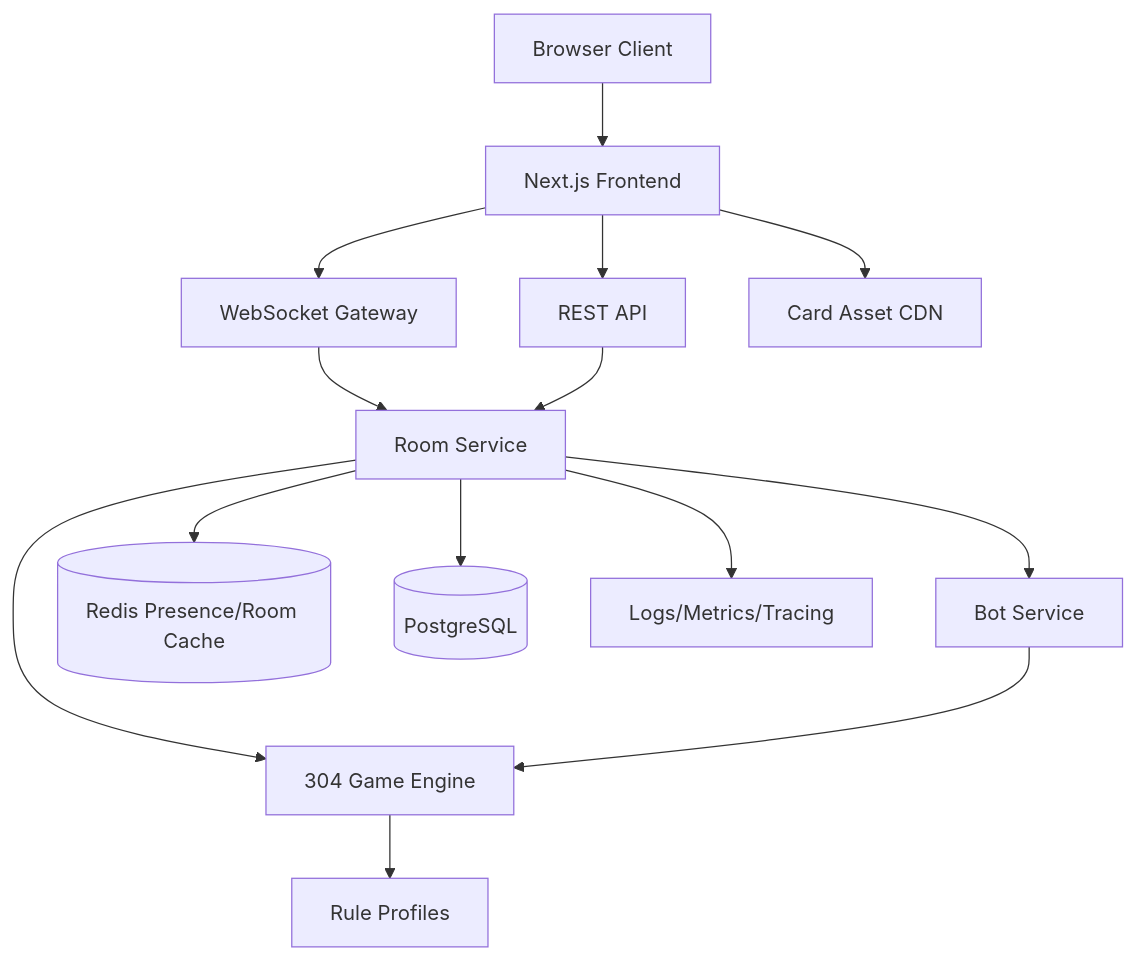
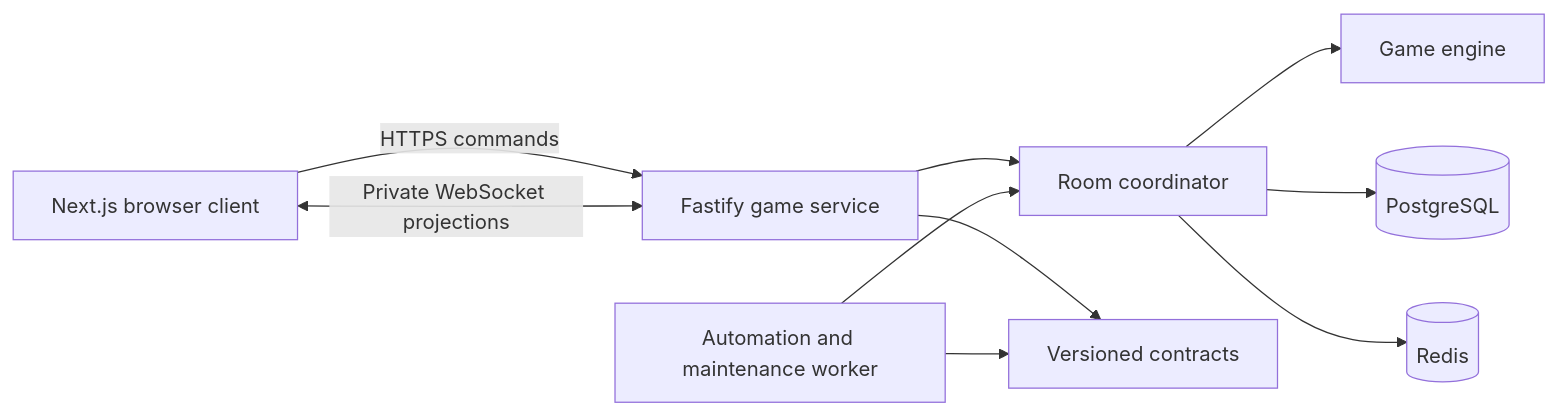
One commit to DiLRandI/304 changed the diagram in docs/technical/09_ARCHITECTURE.md. Above: the diagram before and after it, drawn with Mermaid. The commit also changed other lines of this file and 26 other files, not shown here.

````diff
--- a/docs/technical/09_ARCHITECTURE.md
+++ b/docs/technical/09_ARCHITECTURE.md
@@ -32,16 +20,12 @@
 ```mermaid
-flowchart TD
-  User[Browser Client] --> FE[Next.js Frontend]
-  FE --> WS[WebSocket Gateway]
-  FE --> API[REST API]
-  WS --> Room[Room Service]
-  API --> Room
-  Room --> Engine[304 Game Engine]
-  Room --> Bot[Bot Service]
-  Room --> Redis[(Redis Presence/Room Cache)]
-  Room --> DB[(PostgreSQL)]
-  Engine --> Rules[Rule Profiles]
-  Bot --> Engine
-  FE --> CDN[Card Asset CDN]
-  Room --> Obs[Logs/Metrics/Tracing]
+flowchart LR
+  Browser[Next.js browser client] -->|HTTPS commands| API[Fastify game service]
+  Browser <-->|Private WebSocket projections| API
+  API --> Coordinator[Room coordinator]
+  Worker[Automation and maintenance worker] --> Coordinator
+  Coordinator --> Engine[Game engine]
+  Coordinator --> DB[(PostgreSQL)]
+  Coordinator --> Redis[(Redis)]
+  API --> Contracts[Versioned contracts]
+  Worker --> Contracts
 ```
````
